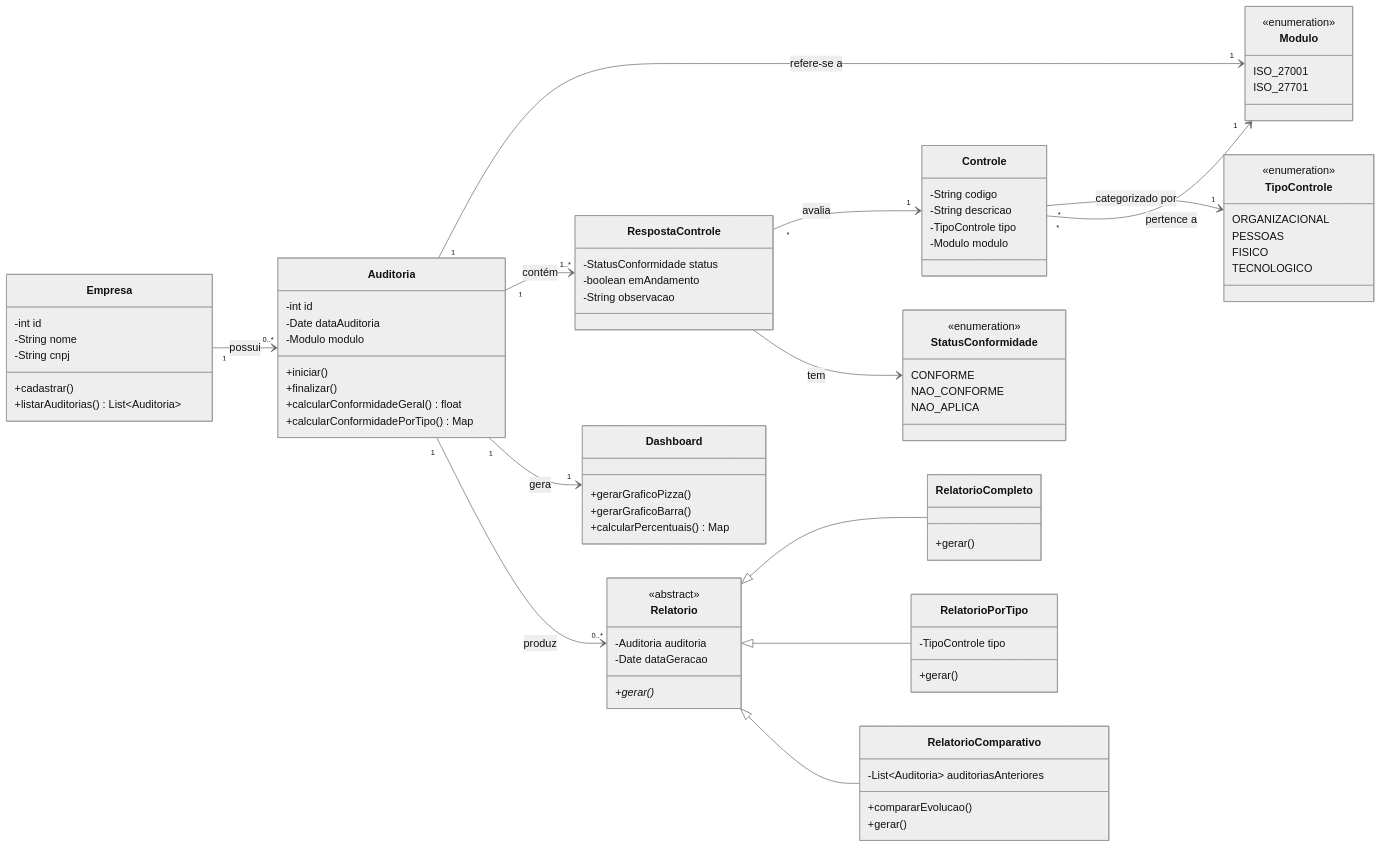
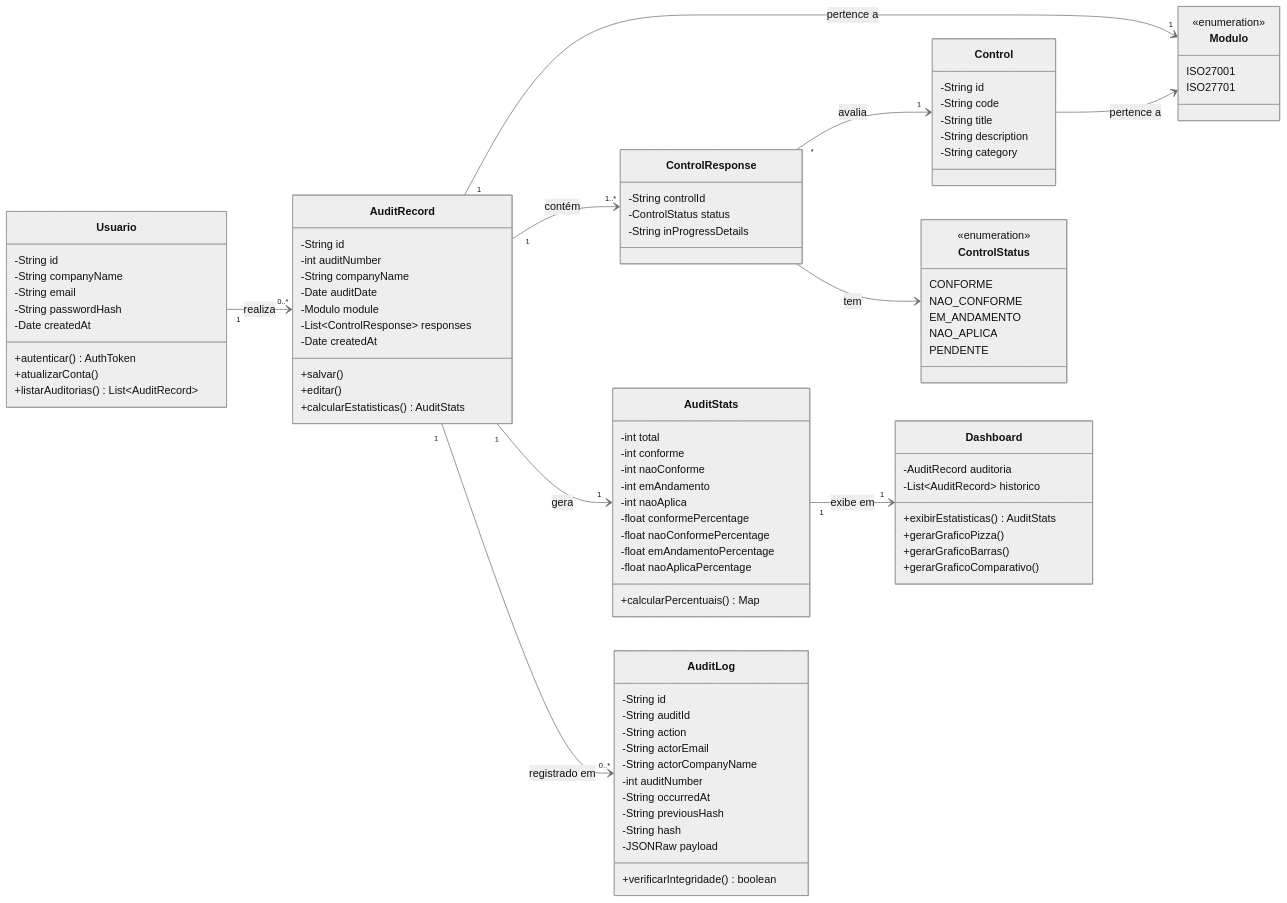
The second of 3 diagrams in README.md (luizmariofontes/PSI1), drawn with Mermaid (neutral theme) before and after one commit. The commit also changed other lines of this file, not shown here.

````diff
--- a/README.md
+++ b/README.md
@@ -406,96 +408,102 @@
 classDiagram
     direction LR
 
-    class Empresa {
-        -int id
-        -String nome
-        -String cnpj
-        +cadastrar()
-        +listarAuditorias() List~Auditoria~
+    class Usuario {
+        -String id
+        -String companyName
+        -String email
+        -String passwordHash
+        -Date createdAt
+        +autenticar() AuthToken
+        +atualizarConta()
+        +listarAuditorias() List~AuditRecord~
     }
 
-    class Auditoria {
-        -int id
-        -Date dataAuditoria
-        -Modulo modulo
-        +iniciar()
-        +finalizar()
-        +calcularConformidadeGeral() float
-        +calcularConformidadePorTipo() Map
+    class AuditRecord {
+        -String id
+        -int auditNumber
+        -String companyName
+        -Date auditDate
+        -Modulo module
+        -List~ControlResponse~ responses
+        -Date createdAt
+        +salvar()
+        +editar()
+        +calcularEstatisticas() AuditStats
     }
 
     class Modulo {
         <<enumeration>>
-        ISO_27001
-        ISO_27701
+        ISO27001
+        ISO27701
     }
 
-    class Controle {
-        -String codigo
-        -String descricao
-        -TipoControle tipo
-        -Modulo modulo
+    class Control {
+        -String id
+        -String code
+        -String title
+        -String description
+        -String category
     }
 
-    class TipoControle {
-        <<enumeration>>
-        ORGANIZACIONAL
-        PESSOAS
-        FISICO
-        TECNOLOGICO
+    class ControlResponse {
+        -String controlId
+        -ControlStatus status
+        -String inProgressDetails
     }
 
-    class RespostaControle {
-        -StatusConformidade status
-        -boolean emAndamento
-        -String observacao
-    }
-
-    class StatusConformidade {
+    class ControlStatus {
         <<enumeration>>
         CONFORME
         NAO_CONFORME
+        EM_ANDAMENTO
         NAO_APLICA
+        PENDENTE
+    }
+
+    class AuditStats {
+        -int total
+        -int conforme
+        -int naoConforme
+        -int emAndamento
+        -int naoAplica
+        -float conformePercentage
+        -float naoConformePercentage
+        -float emAndamentoPercentage
+        -float naoAplicaPercentage
+        +calcularPercentuais() Map
     }
 
     class Dashboard {
+        -AuditRecord auditoria
+        -List~AuditRecord~ historico
+        +exibirEstatisticas() AuditStats
         +gerarGraficoPizza()
-        +gerarGraficoBarra()
-        +calcularPercentuais() Map
+        +gerarGraficoBarras()
+        +gerarGraficoComparativo()
     }
 
-    class Relatorio {
-        <<abstract>>
-        -Auditoria auditoria
-        -Date dataGeracao
-        +gerar()*
+    class AuditLog {
+        -String id
+        -String auditId
+        -String action
+        -String actorEmail
+        -String actorCompanyName
+        -int auditNumber
+        -String occurredAt
+        -String previousHash
+        -String hash
+        -JSONRaw payload
+        +verificarIntegridade() boolean
     }
 
-    class RelatorioCompleto {
-        +gerar()
-    }
-
-    class RelatorioPorTipo {
-        -TipoControle tipo
-        +gerar()
-    }
-
-    class RelatorioComparativo {
-        -List~Auditoria~ auditoriasAnteriores
-        +compararEvolucao()
-        +gerar()
-    }
-
-    Empresa "1" --> "0..*" Auditoria : possui
-    Auditoria "1" --> "1" Modulo : refere-se a
-    Auditoria "1" --> "1..*" RespostaControle : contém
-    RespostaControle "*" --> "1" Controle : avalia
-    Controle "*" --> "1" TipoControle : categorizado por
-    Controle "*" --> "1" Modulo : pertence a
-    RespostaControle --> StatusConformidade : tem
-    Auditoria "1" --> "1" Dashboard : gera
-    Auditoria "1" --> "0..*" Relatorio : produz
-    Relatorio <|-- RelatorioCompleto
-    Relatorio <|-- RelatorioPorTipo
-    Relatorio <|-- RelatorioComparativo
+    Usuario "1" --> "0..*" AuditRecord : realiza
+    AuditRecord "1" --> "1" Modulo : pertence a
+    AuditRecord "1" --> "1..*" ControlResponse : contém
+    ControlResponse "*" --> "1" Control : avalia
+    Control --> Modulo : pertence a
+    ControlResponse --> ControlStatus : tem
+    AuditRecord "1" --> "1" AuditStats : gera
+    AuditStats "1" --> "1" Dashboard : exibe em
+    AuditRecord "1" --> "0..*" AuditLog : registrado em
 ```
````
